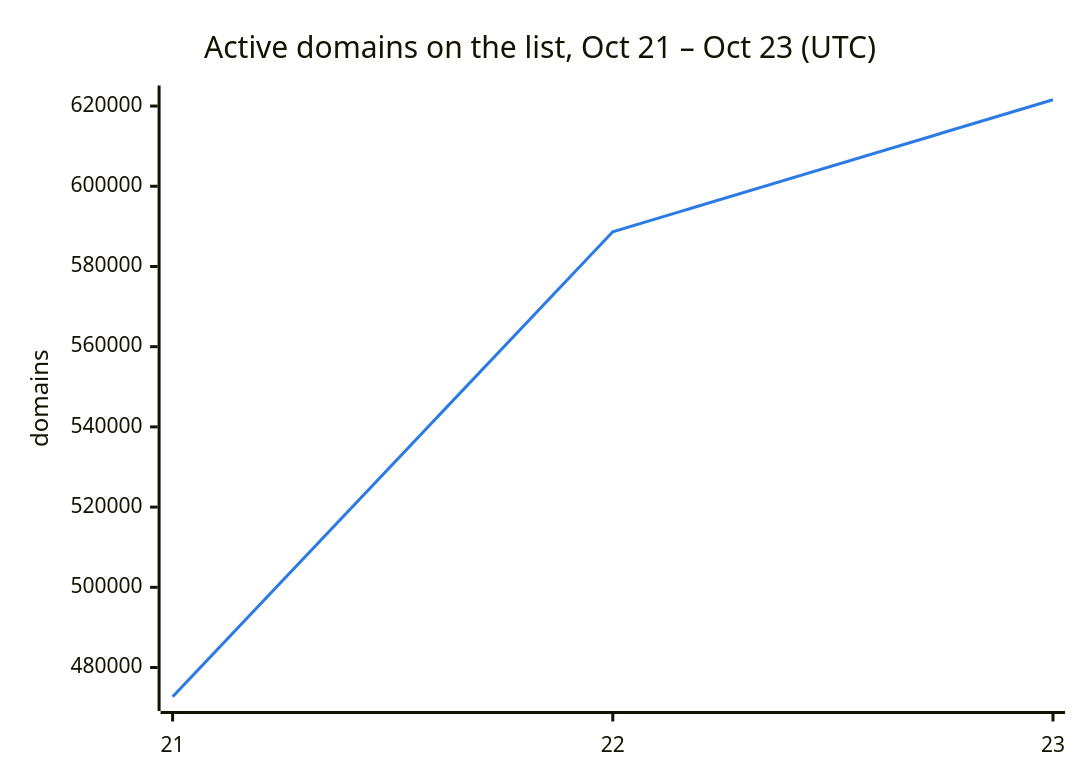
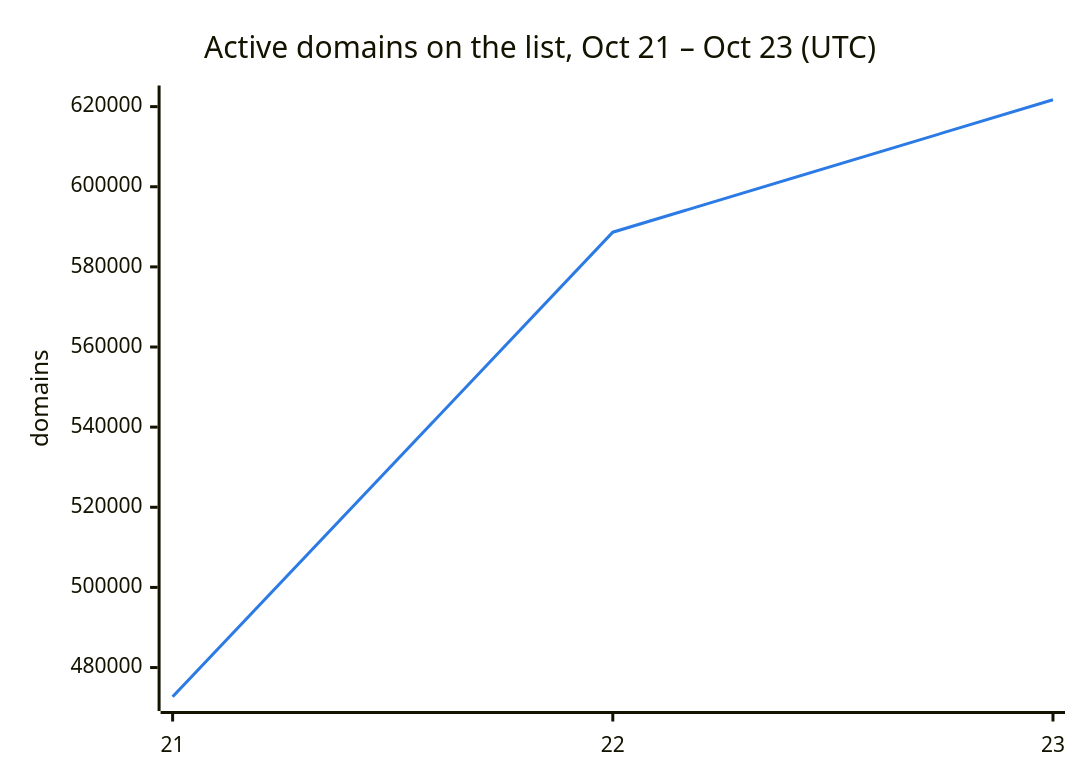
The second of 3 diagrams in README.md (DNSBunker/CTI), drawn with Mermaid before and after one commit. The commit also changed other lines of this file and 3 other files, not shown here.

````diff
--- a/README.md
+++ b/README.md
@@ -38,8 +38,8 @@
 ```mermaid
 %%{init: {"themeVariables": {"xyChart": {"plotColorPalette": "#2c7be5"}}}}%%
 xychart-beta
     title "Active domains on the list, Oct 21 – Oct 23 (UTC)"
     x-axis ["21", "22", "23"]
     y-axis "domains"
-    line [472713, 588659, 621572]
+    line [472713, 588659, 621715]
 ```
````
